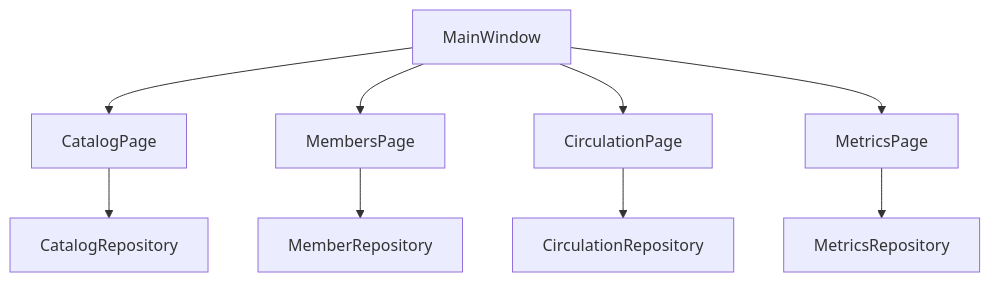
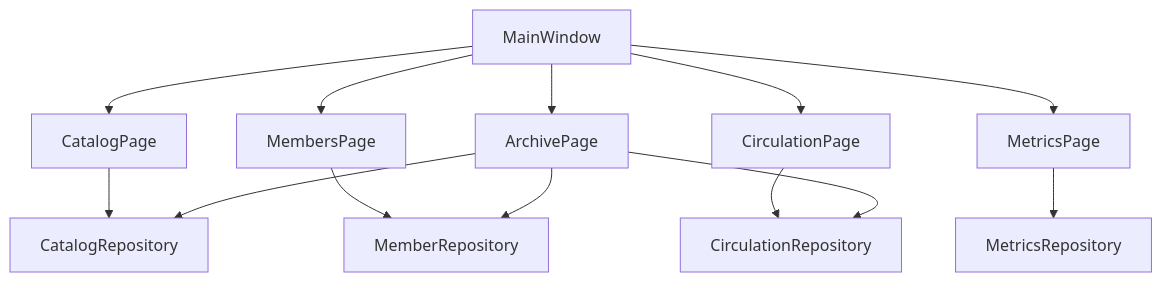
One commit to medaminben/VLMS changed the fourth of 27 diagrams in docs/architecture/beta-uml.md. Above: the diagram before and after it, drawn with Mermaid. The commit also changed other lines of this file, not shown here.

Commit message:
Refresh the Beta UML for the library split and schema 7.

````diff
--- a/docs/architecture/beta-uml.md
+++ b/docs/architecture/beta-uml.md
@@ -93,12 +111,16 @@
 ```mermaid
 flowchart TD
     MW[MainWindow]
     MW --> CP[CatalogPage]
     MW --> MP[MembersPage]
     MW --> LP[CirculationPage]
+    MW --> AP[ArchivePage]
     MW --> XP[MetricsPage]
     CP --> Cat[CatalogRepository]
     MP --> Mem[MemberRepository]
     LP --> Cir[CirculationRepository]
+    AP --> Cat
+    AP --> Mem
+    AP --> Cir
     XP --> Met[MetricsRepository]
 ```
````
